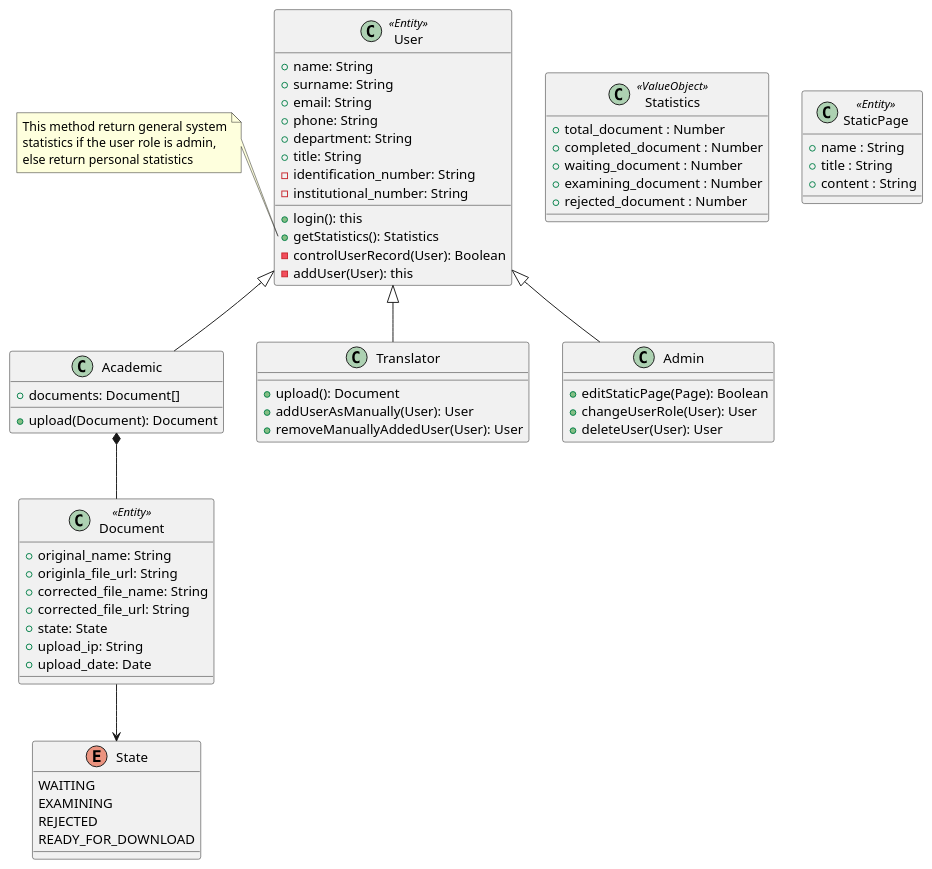
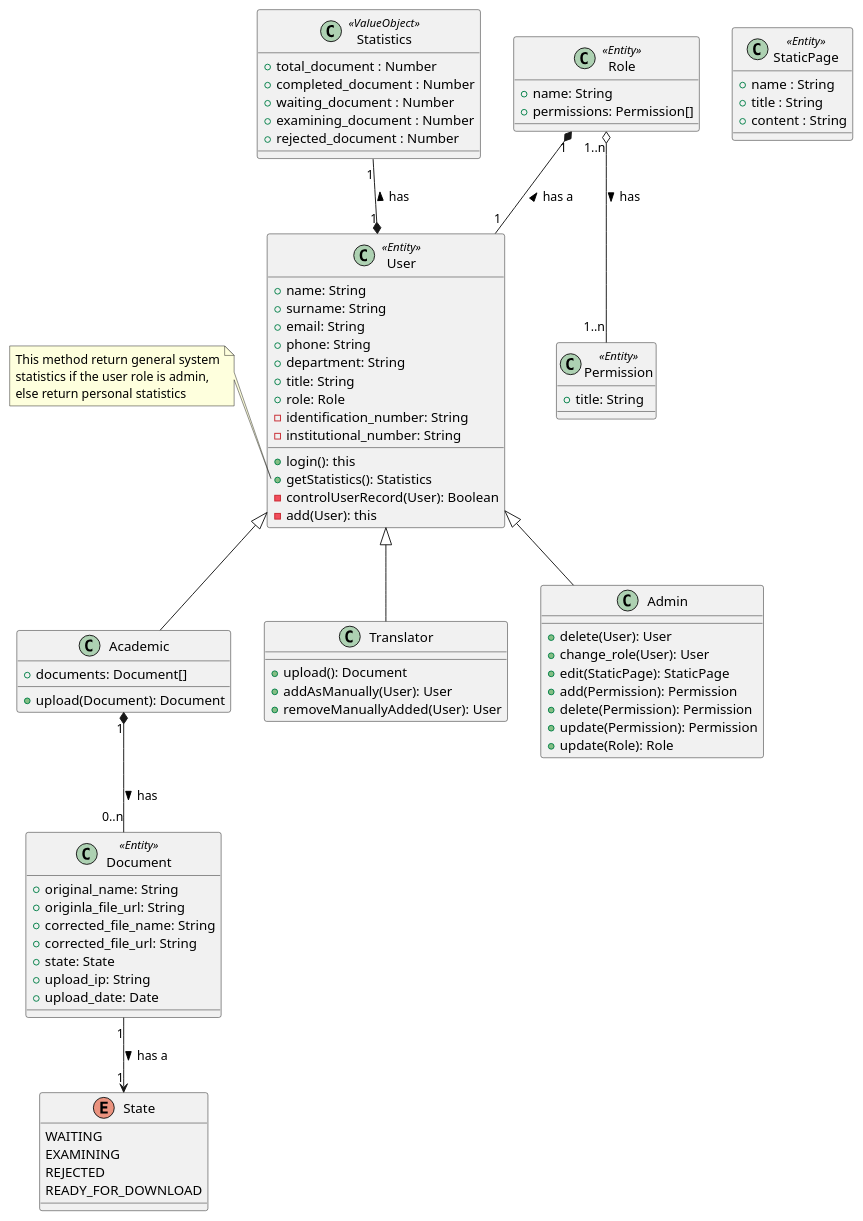
The diagram in class-diagram.puml (uygaraydin/academic-paper-proofreading), drawn with PlantUML before and after one commit.

Commit message:
class diagram was updated

```diff
--- a/class-diagram.puml
+++ b/class-diagram.puml
@@ -1,79 +1,96 @@
 @startuml ATCS
 
   class User <<Entity>> {
     + name: String
     + surname: String
     + email: String
     + phone: String
     + department: String
     + title: String
+    + role: Role
     - identification_number: String
     - institutional_number: String
     + login(): this
     + getStatistics(): Statistics
     - controlUserRecord(User): Boolean
-    - addUser(User): this
+    - add(User): this
   }
   note left of User::getStatistics
     This method return general system
     statistics if the user role is admin,
     else return personal statistics
   end note
 
 
   class Academic {
     + documents: Document[]
     + upload(Document): Document
   }
 
   class Translator {
     + upload(): Document
-    + addUserAsManually(User): User
-    + removeManuallyAddedUser(User): User
+    + addAsManually(User): User
+    + removeManuallyAdded(User): User
   }
 
   class Admin {
-    + editStaticPage(Page): Boolean
-    + changeUserRole(User): User
-    + deleteUser(User): User
+    + delete(User): User
+    + change_role(User): User
+    + edit(StaticPage): StaticPage
+    + add(Permission): Permission
+    + delete(Permission): Permission
+    + update(Permission): Permission
+    + update(Role): Role
   }
+
   class Statistics <<ValueObject>> {
     + total_document : Number
     + completed_document : Number
     + waiting_document : Number
     + examining_document : Number
     + rejected_document : Number
   }
   class StaticPage <<Entity>> {
     + name : String
     + title : String
     + content : String
   }
 
   class Document <<Entity>> {
     + original_name: String
     + originla_file_url: String
     + corrected_file_name: String
     + corrected_file_url: String
     + state: State
     + upload_ip: String
     + upload_date: Date
+  }
 
+  class Role <<Entity>> {
+    + name: String
+    + permissions: Permission[]
+  }
+
+  class Permission <<Entity>> {
+    + title: String
   }
 
   enum State {
     WAITING
     EXAMINING
     REJECTED
     READY_FOR_DOWNLOAD
   }
 
 
   Academic -up-|> User
   Translator -up-|> User
   Admin -up-|> User
-  Academic *-- Document
-  Document --> State
+  Academic "1" *-- "0..n" Document : has >
+  Document "1" --> "1" State : has a >
+  Role "1" *-- "1" User : has a <
+  Role "1..n" o-- "1..n" Permission : has >
+  User "1" *-up- "1" Statistics : has >
 
 
 @enduml
```
